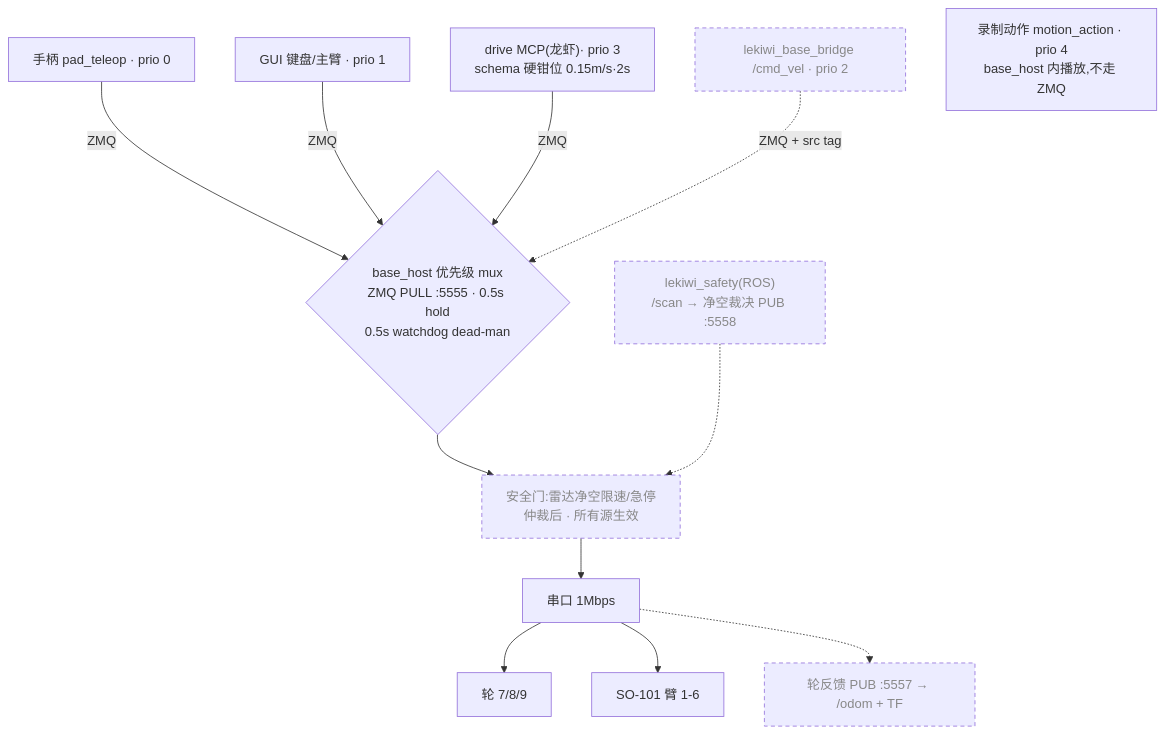
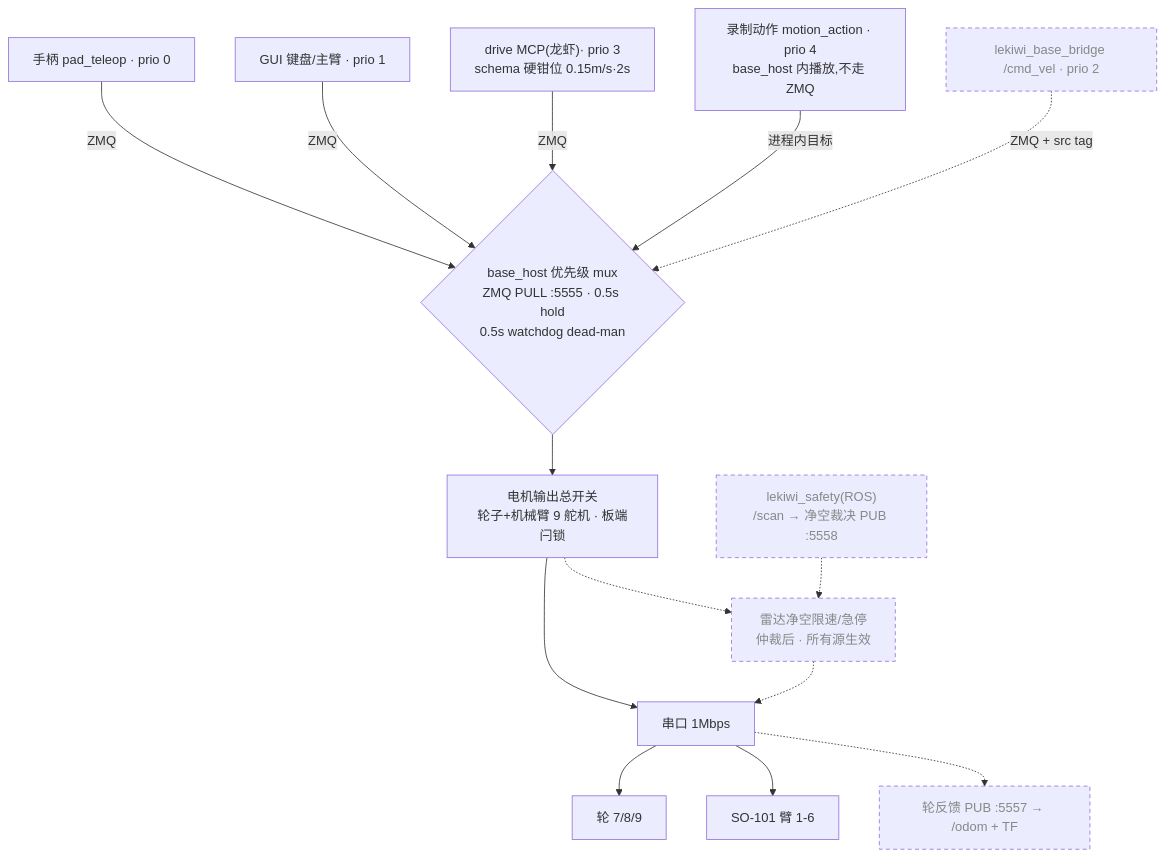
Before and after one commit to vitorcen/lekiwi-jetson-orin: the second of 4 diagrams in README.md, drawn with Mermaid. The commit also changed other lines of this file and 5 other files, not shown here.

````diff
--- a/README.md
+++ b/README.md
@@ -78,25 +85,28 @@
 ```mermaid
 flowchart TB
     PAD["手柄 pad_teleop · prio 0"]
     GUIK["GUI 键盘/主臂 · prio 1"]
     ROSB["lekiwi_base_bridge /cmd_vel · prio 2"]:::plan
     MCPD["drive MCP(龙虾)· prio 3<br/>schema 硬钳位 0.15m/s·2s"]
     ACT["录制动作 motion_action · prio 4<br/>base_host 内播放,不走 ZMQ"]
 
     MUX{"base_host 优先级 mux<br/>ZMQ PULL :5555 · 0.5s hold<br/>0.5s watchdog dead-man"}
-    GATE["安全门:雷达净空限速/急停<br/>仲裁后 · 所有源生效"]:::plan
+    MASTER["电机输出总开关<br/>轮子+机械臂 9 舵机 · 板端闩锁"]
+    GATE["雷达净空限速/急停<br/>仲裁后 · 所有源生效"]:::plan
     SER["串口 1Mbps"]
     WHEELS["轮 7/8/9"]
     ARM["SO-101 臂 1-6"]
 
     SAFE["lekiwi_safety(ROS)<br/>/scan → 净空裁决 PUB :5558"]:::plan
     ODOM["轮反馈 PUB :5557 → /odom + TF"]:::plan
 
     PAD & GUIK & MCPD -->|ZMQ| MUX
+    ACT -->|进程内目标| MUX
     ROSB -.->|ZMQ + src tag| MUX
-    MUX --> GATE --> SER --> WHEELS & ARM
+    MUX --> MASTER --> SER --> WHEELS & ARM
+    MASTER -.-> GATE -.-> SER
     SAFE -.-> GATE
     SER -.-> ODOM
 
     classDef plan stroke-dasharray:5 4,color:#888;
 ```
````
